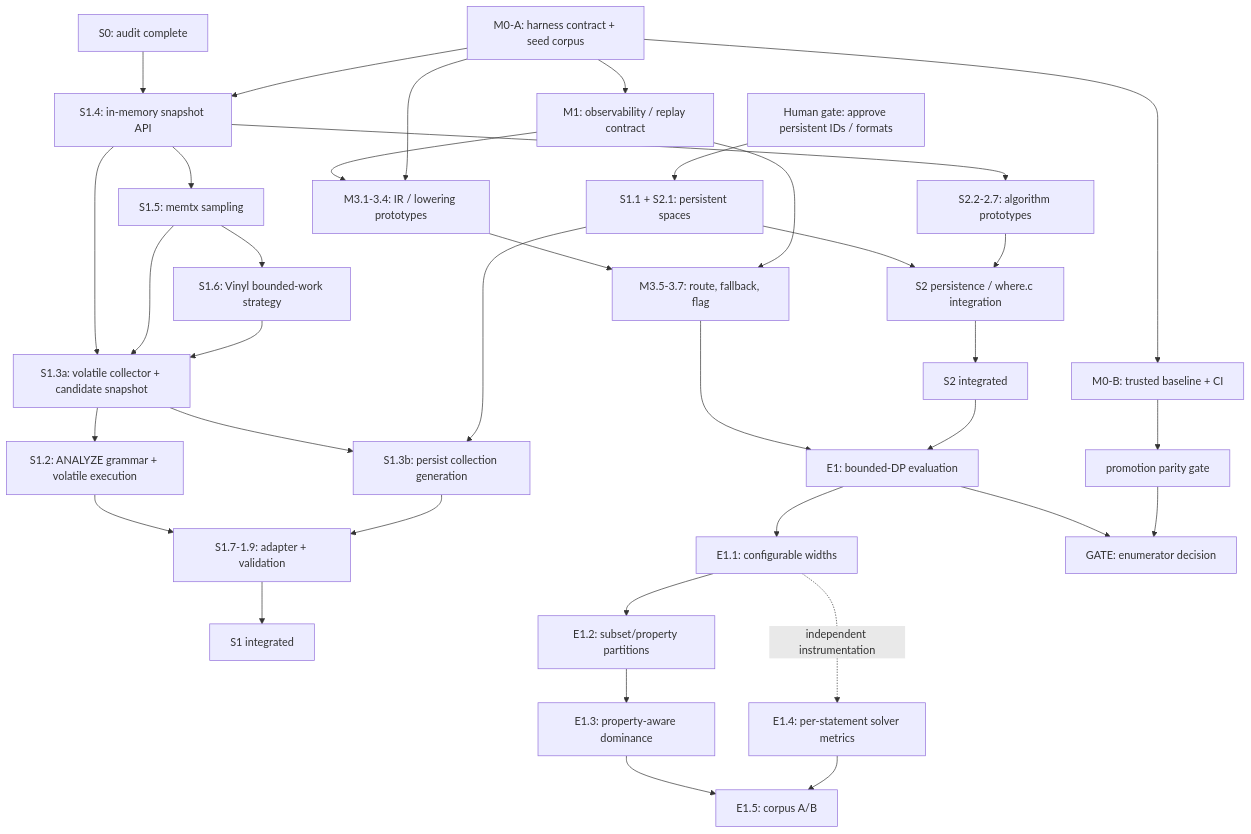
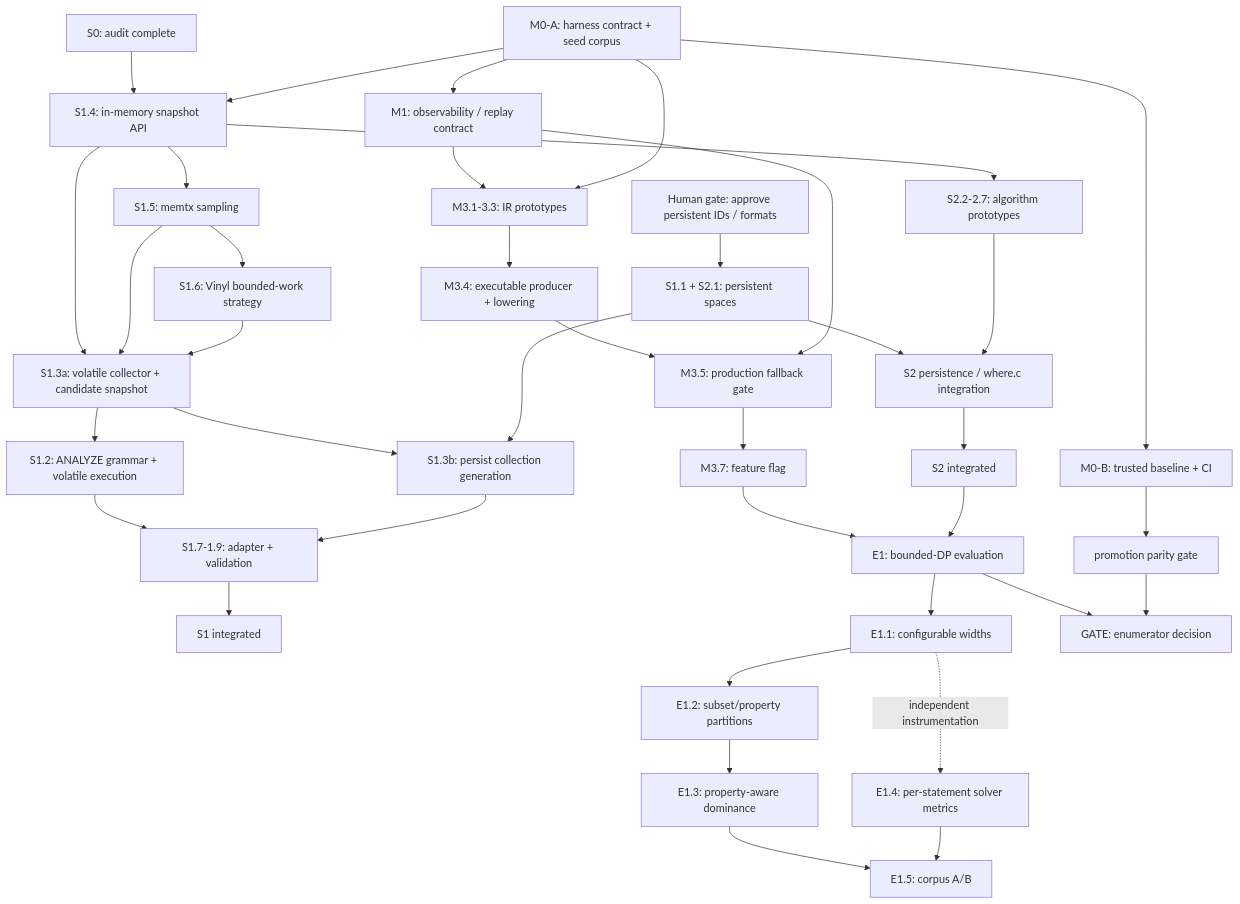
One commit to tsafin/tarantool-dsql changed the diagram in docs/vdbe/roadmap.md. Above: the diagram before and after it, drawn with Mermaid.

Commit message:
docs: sequence executable lowering before planner routing

````diff
--- a/docs/vdbe/roadmap.md
+++ b/docs/vdbe/roadmap.md
@@ -81,38 +81,40 @@
 ```mermaid
 flowchart TD
     A["M0-A: harness contract + seed corpus"] --> B["M0-B: trusted baseline + CI"]
     A --> C["M1: observability / replay contract"]
     D["S0: audit complete"] --> E["S1.4: in-memory snapshot API"]
     A --> E
     E --> F["S2.2-2.7: algorithm prototypes"]
-    C --> G["M3.1-3.4: IR / lowering prototypes"]
+    C --> G["M3.1-3.3: IR prototypes"]
     A --> G
-    G --> H["M3.5-3.7: route, fallback, flag"]
+    G --> G2["M3.4: executable producer + lowering"]
+    G2 --> H["M3.5: production fallback gate"]
     C --> H
+    H --> H2["M3.7: feature flag"]
     P["Human gate: approve persistent IDs / formats"] --> Q["S1.1 + S2.1: persistent spaces"]
     E --> R["S1.5: memtx sampling"]
     R --> R2["S1.6: Vinyl bounded-work strategy"]
     E --> S0["S1.3a: volatile collector + candidate snapshot"]
     R --> S0
     R2 --> S0
     S0 --> S1["S1.2: ANALYZE grammar + volatile execution"]
     S0 --> S2["S1.3b: persist collection generation"]
     Q --> S2
     S1 --> T["S1.7-1.9: adapter + validation"]
     S2 --> T
     Q --> U["S2 persistence / where.c integration"]
     F --> U
     U --> V["S2 integrated"]
     T --> W["S1 integrated"]
-    H --> X["E1: bounded-DP evaluation"]
+    H2 --> X["E1: bounded-DP evaluation"]
     V --> X
     X --> X1["E1.1: configurable widths"]
     X1 --> X2["E1.2: subset/property partitions"]
     X2 --> X3["E1.3: property-aware dominance"]
     X1 -. "independent instrumentation" .-> X4["E1.4: per-statement solver metrics"]
     X3 --> X5["E1.5: corpus A/B"]
     X4 --> X5
     B --> Y["promotion parity gate"]
     X --> Z["GATE: enumerator decision"]
     Y --> Z
 ```
````
